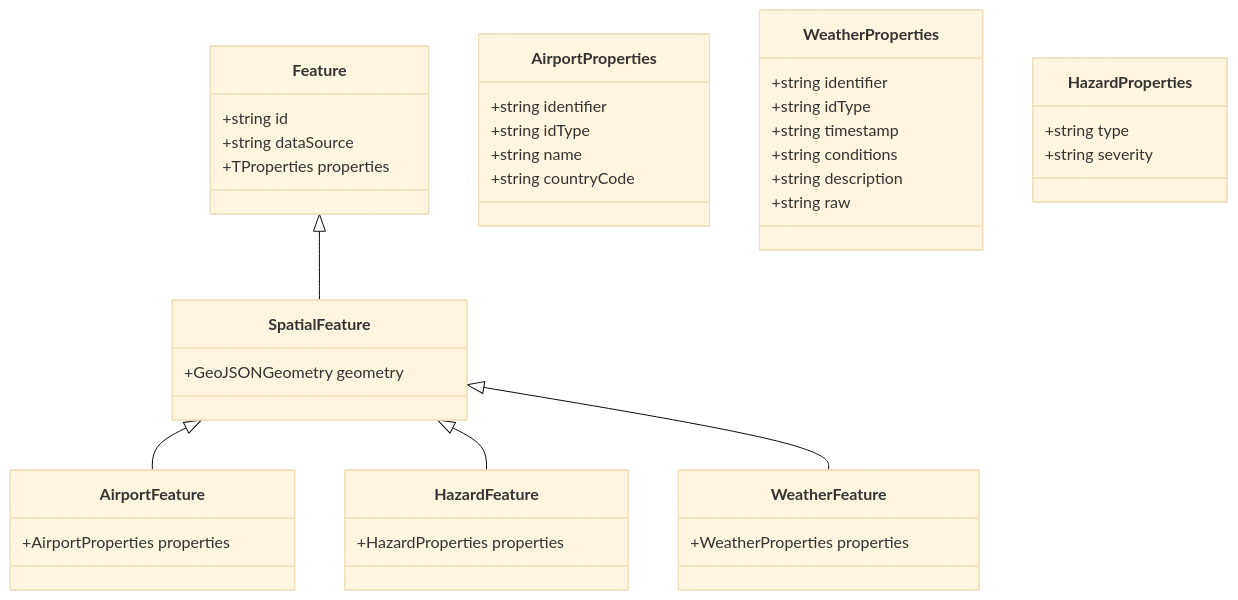
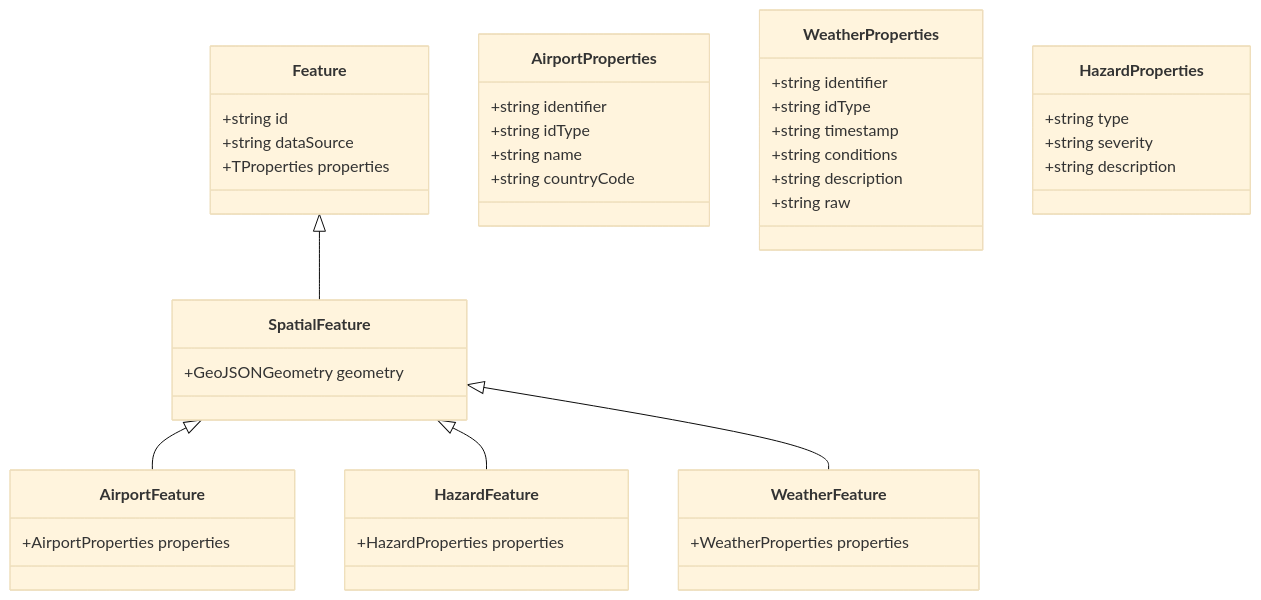
One commit to NicholasRestifo/SkyPathSentinel changed the first of 2 diagrams in docs/data_models.md. Above: the diagram before and after it, drawn with Mermaid (base theme). The commit also changed other lines of this file, not shown here.

Commit message:
add description field to HazardProperties

````diff
--- a/docs/data_models.md
+++ b/docs/data_models.md
@@ -78,46 +79,47 @@
 ```mermaid
 classDiagram
     class Feature {
         +string id
         +string dataSource
         +TProperties properties
     }
     class SpatialFeature {
         +GeoJSONGeometry geometry
     }
     
     class AirportProperties {
         +string identifier
         +string idType
         +string name
         +string countryCode
     }
     class AirportFeature {
         +AirportProperties properties
     }
     
     class WeatherProperties {
         +string identifier
         +string idType
         +string timestamp
         +string conditions
         +string description
         +string raw
     }
     class WeatherFeature {
         +WeatherProperties properties
     }
     
     class HazardProperties {
         +string type
         +string severity
+        +string description
     }
     class HazardFeature {
         +HazardProperties properties
     }
 
     Feature <|-- SpatialFeature
     SpatialFeature <|-- AirportFeature
     SpatialFeature <|-- HazardFeature
     SpatialFeature <|-- WeatherFeature
 ```
````
